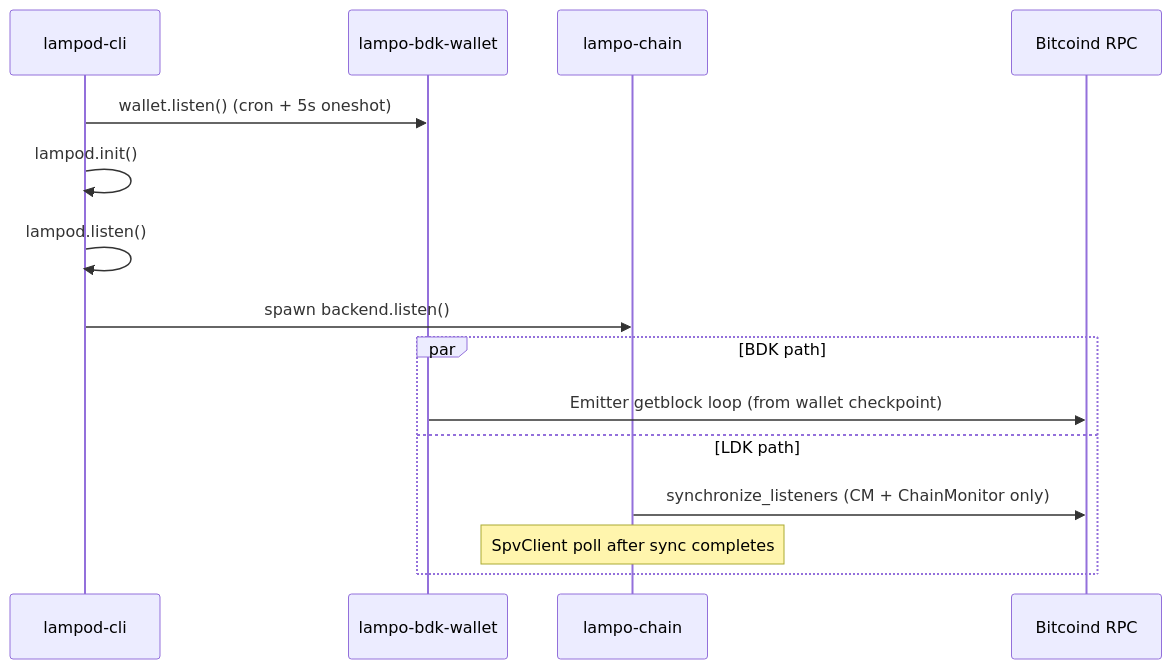
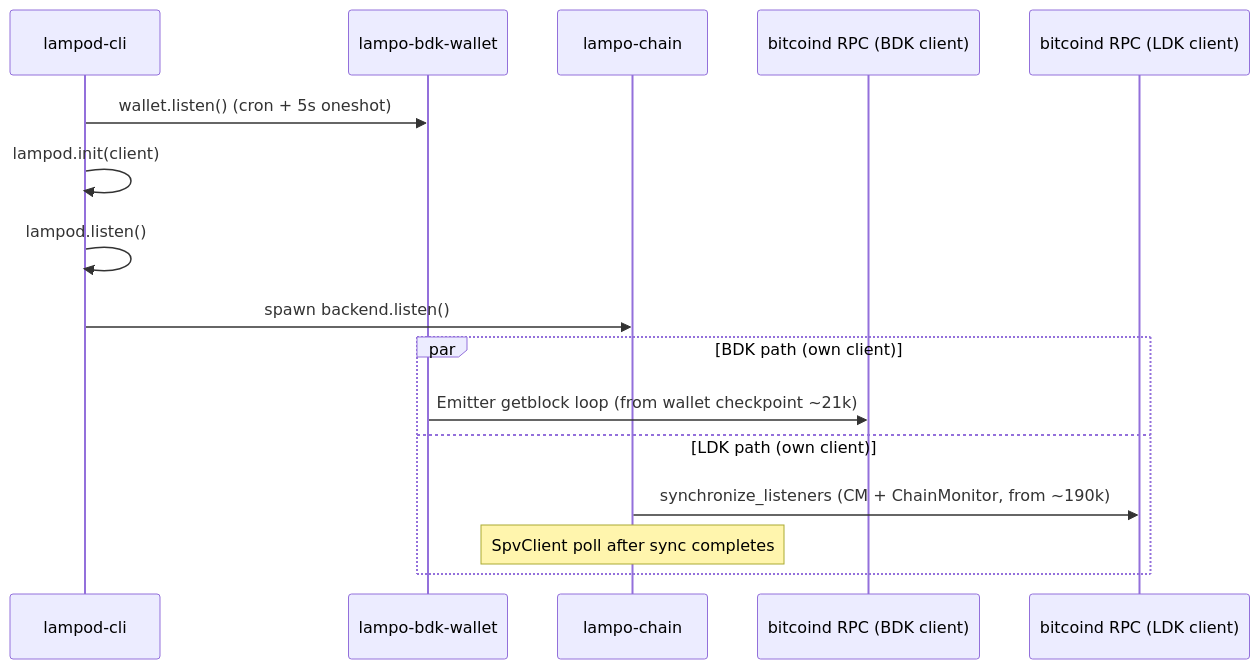
One commit to vincenzopalazzo/lampo.rs changed the first of 2 diagrams in docs/designs/unified-chain-sync.md. Above: the diagram before and after it, drawn with Mermaid. The commit also changed other lines of this file, not shown here.

First line of the commit message:
docs: rework chain-sync design for decoupling

````diff
--- a/docs/designs/unified-chain-sync.md
+++ b/docs/designs/unified-chain-sync.md
@@ -51,19 +85,20 @@
 ```mermaid
 sequenceDiagram
     participant CLI as lampod-cli
     participant W as lampo-bdk-wallet
     participant C as lampo-chain
-    participant RPC as Bitcoind RPC
+    participant RPC1 as bitcoind RPC (BDK client)
+    participant RPC2 as bitcoind RPC (LDK client)
 
     CLI->>W: wallet.listen() (cron + 5s oneshot)
-    CLI->>CLI: lampod.init()
+    CLI->>CLI: lampod.init(client)
     CLI->>CLI: lampod.listen()
     CLI->>C: spawn backend.listen()
 
-    par BDK path
-        W->>RPC: Emitter getblock loop (from wallet checkpoint)
-    and LDK path
-        C->>RPC: synchronize_listeners (CM + ChainMonitor only)
+    par BDK path (own client)
+        W->>RPC1: Emitter getblock loop (from wallet checkpoint ~21k)
+    and LDK path (own client)
+        C->>RPC2: synchronize_listeners (CM + ChainMonitor, from ~190k)
         Note over C: SpvClient poll after sync completes
     end
 ```
````
